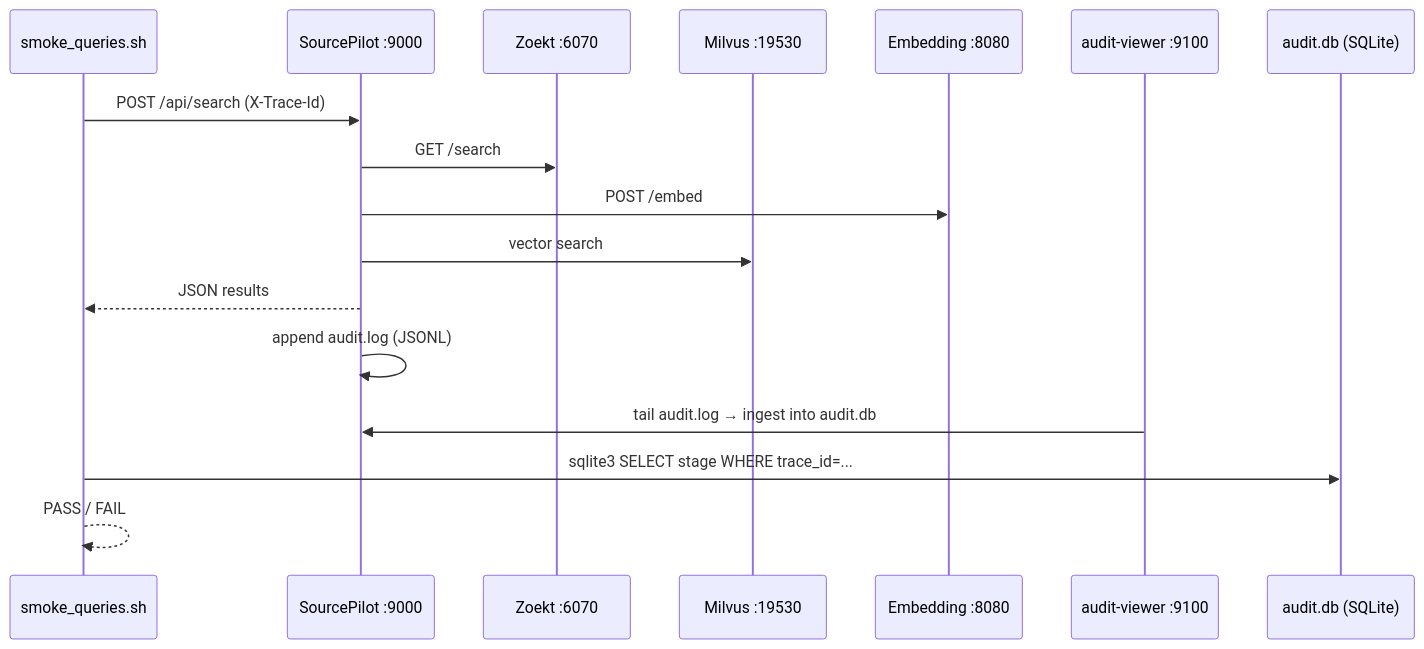
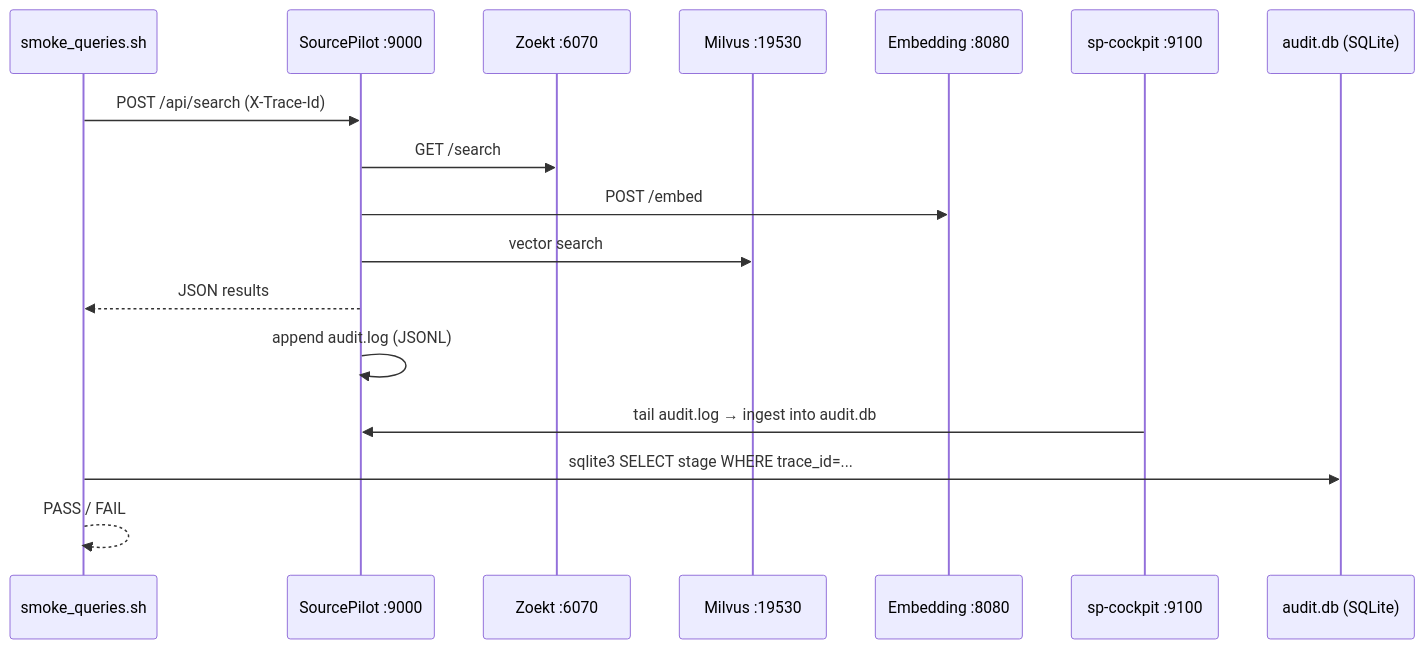
The second of 2 diagrams in docs/testing/architecture.md (INNERJOINT/SourcePilot), drawn with Mermaid before and after one commit. The commit also changed other lines of this file and 12 other files, not shown here.

First line of the commit message:
refactor: update references from audit-viewer to sp-cockpit

````diff
--- a/docs/testing/architecture.md
+++ b/docs/testing/architecture.md
@@ -102,20 +102,20 @@
 ```mermaid
 sequenceDiagram
     participant User as smoke_queries.sh
     participant SP as SourcePilot :9000
     participant Zoekt as Zoekt :6070
     participant Milvus as Milvus :19530
     participant Emb as Embedding :8080
-    participant AV as audit-viewer :9100
+    participant AV as sp-cockpit :9100
     participant DB as audit.db (SQLite)
 
     User->>SP: POST /api/search (X-Trace-Id)
     SP->>Zoekt: GET /search
     SP->>Emb: POST /embed
     SP->>Milvus: vector search
     SP-->>User: JSON results
     SP->>SP: append audit.log (JSONL)
     AV->>SP: tail audit.log → ingest into audit.db
     User->>DB: sqlite3 SELECT stage WHERE trace_id=...
     User-->>User: PASS / FAIL
 ```
````
